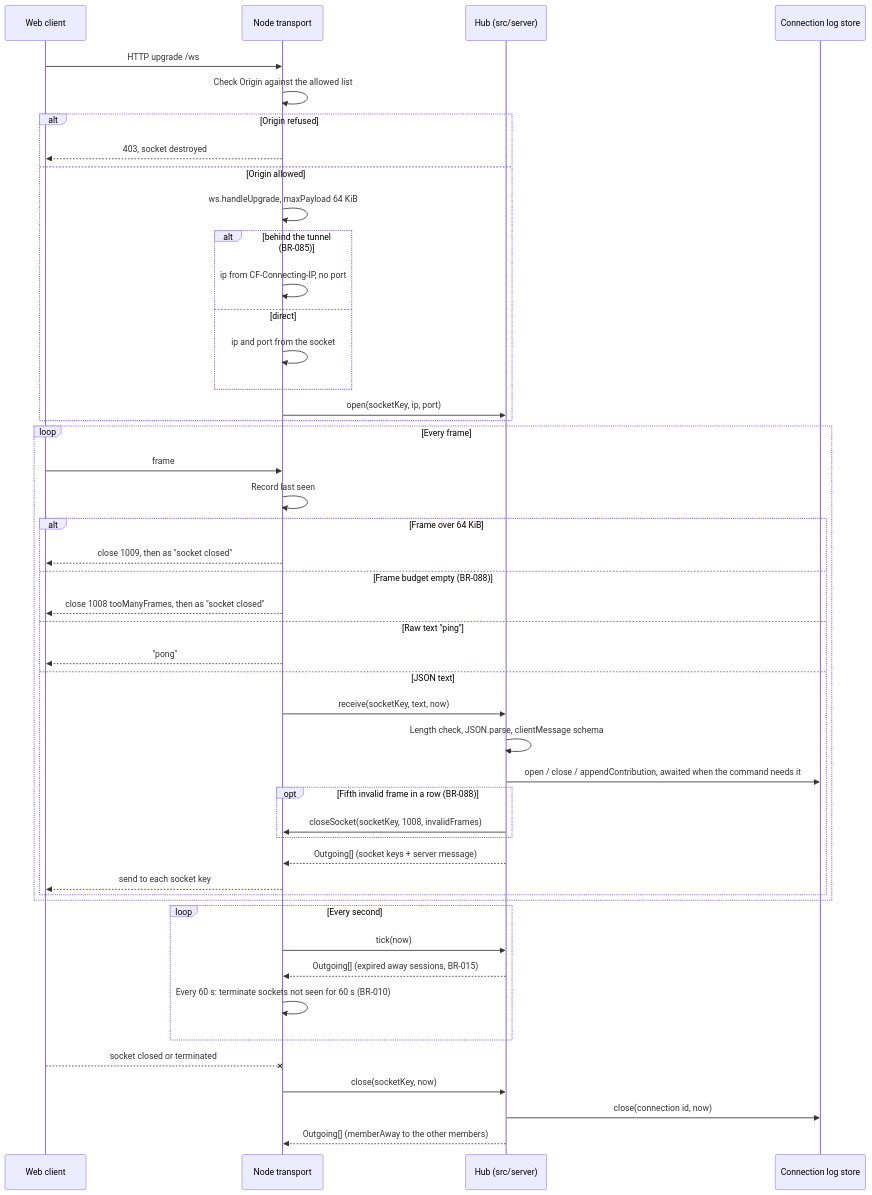
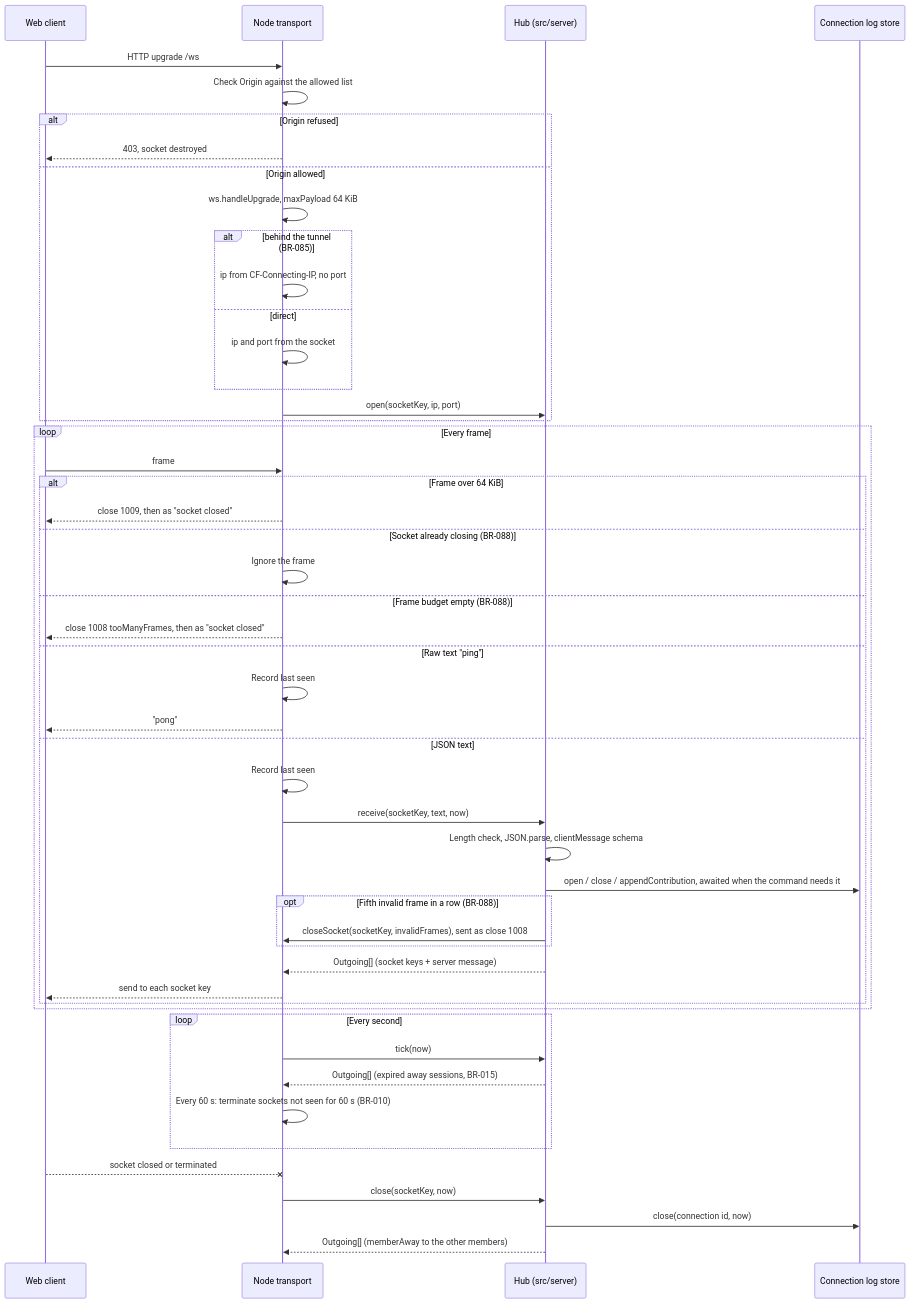
One commit to benoit-bremaud/asv changed the diagram in docs/architecture/diagrams/platform/02-sequence-node-transport.md. Above: the diagram before and after it, drawn with Mermaid. The commit also changed other lines of this file and 7 other files, not shown here.

First line of the commit message:
fix(transport): ignore frames of a closing socket and clamp the frame clock (#89)

````diff
--- a/docs/architecture/diagrams/platform/02-sequence-node-transport.md
+++ b/docs/architecture/diagrams/platform/02-sequence-node-transport.md
@@ -17,49 +17,52 @@
 ```mermaid
 sequenceDiagram
   participant W as Web client
   participant N as Node transport
   participant H as Hub (src/server)
   participant LS as Connection log store
   W->>N: HTTP upgrade /ws
   N->>N: Check Origin against the allowed list
   alt Origin refused
     N-->>W: 403, socket destroyed
   else Origin allowed
     N->>N: ws.handleUpgrade, maxPayload 64 KiB
     alt behind the tunnel (BR-085)
       N->>N: ip from CF-Connecting-IP, no port
     else direct
       N->>N: ip and port from the socket
     end
     N->>H: open(socketKey, ip, port)
   end
   loop Every frame
     W->>N: frame
-    N->>N: Record last seen
     alt Frame over 64 KiB
       N-->>W: close 1009, then as "socket closed"
+    else Socket already closing (BR-088)
+      N->>N: Ignore the frame
     else Frame budget empty (BR-088)
       N-->>W: close 1008 tooManyFrames, then as "socket closed"
     else Raw text "ping"
+      N->>N: Record last seen
       N-->>W: "pong"
     else JSON text
+      N->>N: Record last seen
       N->>H: receive(socketKey, text, now)
       H->>H: Length check, JSON.parse, clientMessage schema
       H->>LS: open / close / appendContribution, awaited when the command needs it
       opt Fifth invalid frame in a row (BR-088)
-        H->>N: closeSocket(socketKey, 1008, invalidFrames)
+        H->>N: closeSocket(socketKey, invalidFrames), sent as close 1008
       end
       H-->>N: Outgoing[] (socket keys + server message)
       N-->>W: send to each socket key
     end
   end
   loop Every second
     N->>H: tick(now)
     H-->>N: Outgoing[] (expired away sessions, BR-015)
     N->>N: Every 60 s: terminate sockets not seen for 60 s (BR-010)
   end
   W--xN: socket closed or terminated
   N->>H: close(socketKey, now)
   H->>LS: close(connection id, now)
   H-->>N: Outgoing[] (memberAway to the other members)
 ```
````
